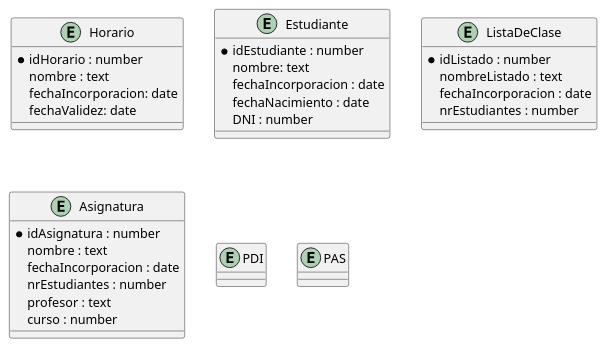
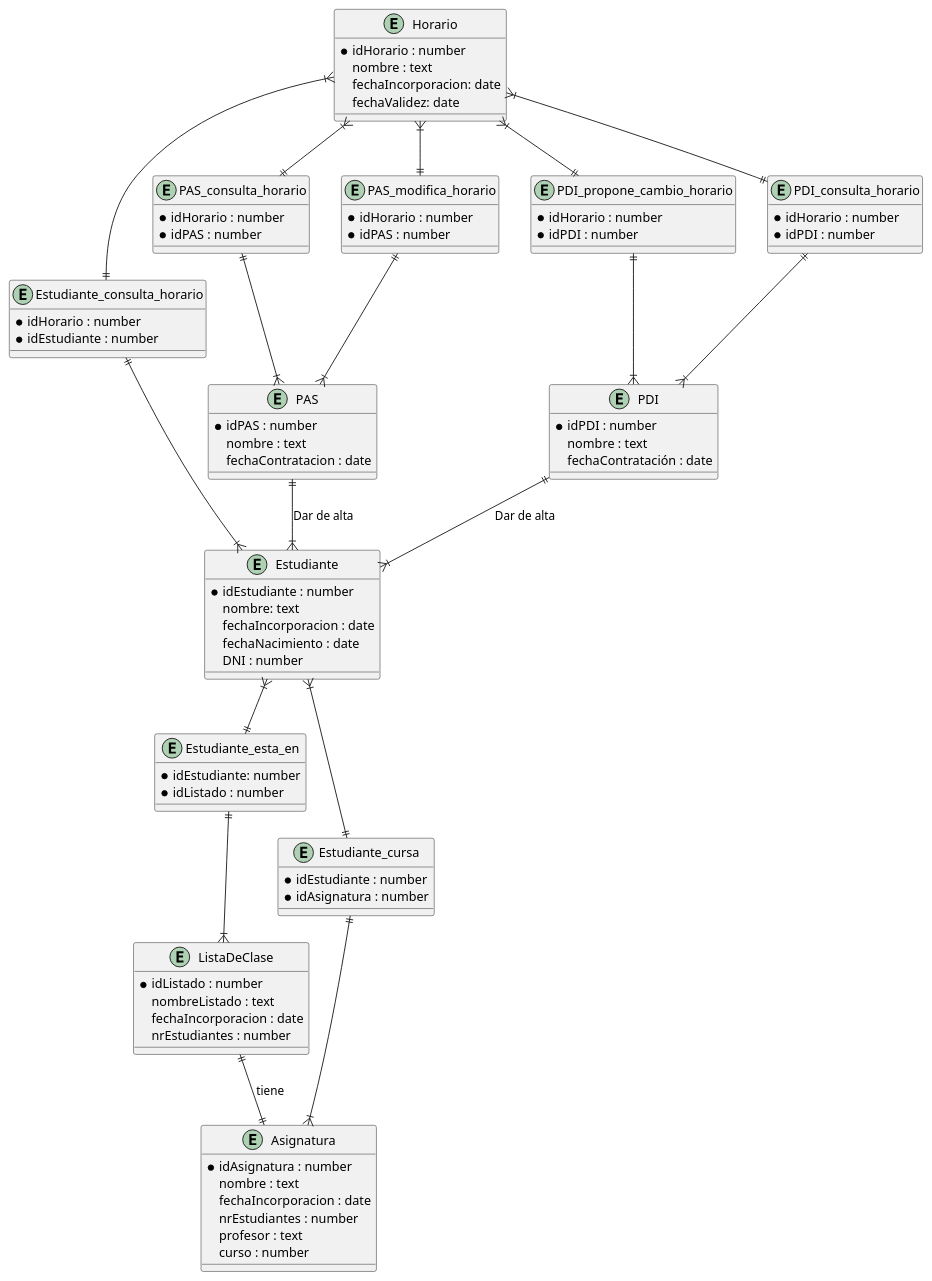
One commit to it557/INRE-UAL-BLANCO-2022 changed the diagram in lab1/src/supuesto1E-R.puml. Above: the diagram before and after it, drawn with PlantUML. The commit also changed 1 other file, not shown here.

Commit message:
Avances en el diagrama E-R del supuesto 1

```diff
--- a/lab1/src/supuesto1E-R.puml
+++ b/lab1/src/supuesto1E-R.puml
@@ -1,48 +1,111 @@
 @startuml supuesto1E-R
 
-entity "Horario"{
+entity "Horario" as Horario{
     * idHorario : number
     nombre : text
     fechaIncorporacion: date
     fechaValidez: date
 }
 
-entity "Estudiante"{
+entity "Estudiante" as Estudiante{
     * idEstudiante : number
     nombre: text
     fechaIncorporacion : date
     fechaNacimiento : date
     DNI : number
 }
 
-entity "ListaDeClase"{
+entity "ListaDeClase" as ListaDeClase{
     * idListado : number
     nombreListado : text
     fechaIncorporacion : date
     nrEstudiantes : number
 }
 
-entity "Asignatura"{
+entity "Asignatura" as Asignatura{
     * idAsignatura : number
     nombre : text
     fechaIncorporacion : date
     nrEstudiantes : number
     profesor : text
     curso : number
 }
 
-entity "PDI"{
-
+entity "PDI" as PDI{
+    * idPDI : number
+    nombre : text
+    fechaContratación : date
 }
 
-entity "PAS"{
-    
+entity "PAS" as PAS{
+    * idPAS : number
+    nombre : text
+    fechaContratacion : date
 }
+
+entity "Estudiante_consulta_horario" as ECH{
+    * idHorario : number
+    * idEstudiante : number
+}
+Horario }|--|| ECH
+ECH ||--|{ Estudiante
+
+entity "PAS_consulta_horario" as PCH{
+    * idHorario : number
+    * idPAS : number
+}
+Horario }|--|| PCH
+PCH ||--|{ PAS
+
+entity "PDI_consulta_horario" as PDICH{
+    * idHorario : number
+    * idPDI : number
+}
+Horario }|--|| PDICH
+PDICH ||--|{ PDI
+
+entity "PAS_modifica_horario" as PASmodH{
+    * idHorario : number
+    * idPAS : number
+}
+Horario }|--|| PASmodH
+PASmodH ||--|{ PAS
+
+entity "PDI_propone_cambio_horario" as PDIprop{
+    * idHorario : number
+    * idPDI : number
+}
+Horario }|--|| PDIprop
+PDIprop ||--|{ PDI
+
+entity "Estudiante_esta_en" as EEE{
+    * idEstudiante: number
+    * idListado : number
+}
+Estudiante }|--|| EEE
+EEE ||--|{ ListaDeClase
+
+entity "Estudiante_cursa" as EC{
+    * idEstudiante : number
+    * idAsignatura : number
+}
+Estudiante }|--|| EC
+EC ||--|{ Asignatura
+
+ListaDeClase ||--|| Asignatura : tiene
+
+PDI ||--|{ Estudiante : Dar de alta
+PAS ||--|{ Estudiante : Dar de alta
+
+
+
+
+
 
 
 
 
 
 
 
 @enduml
```
